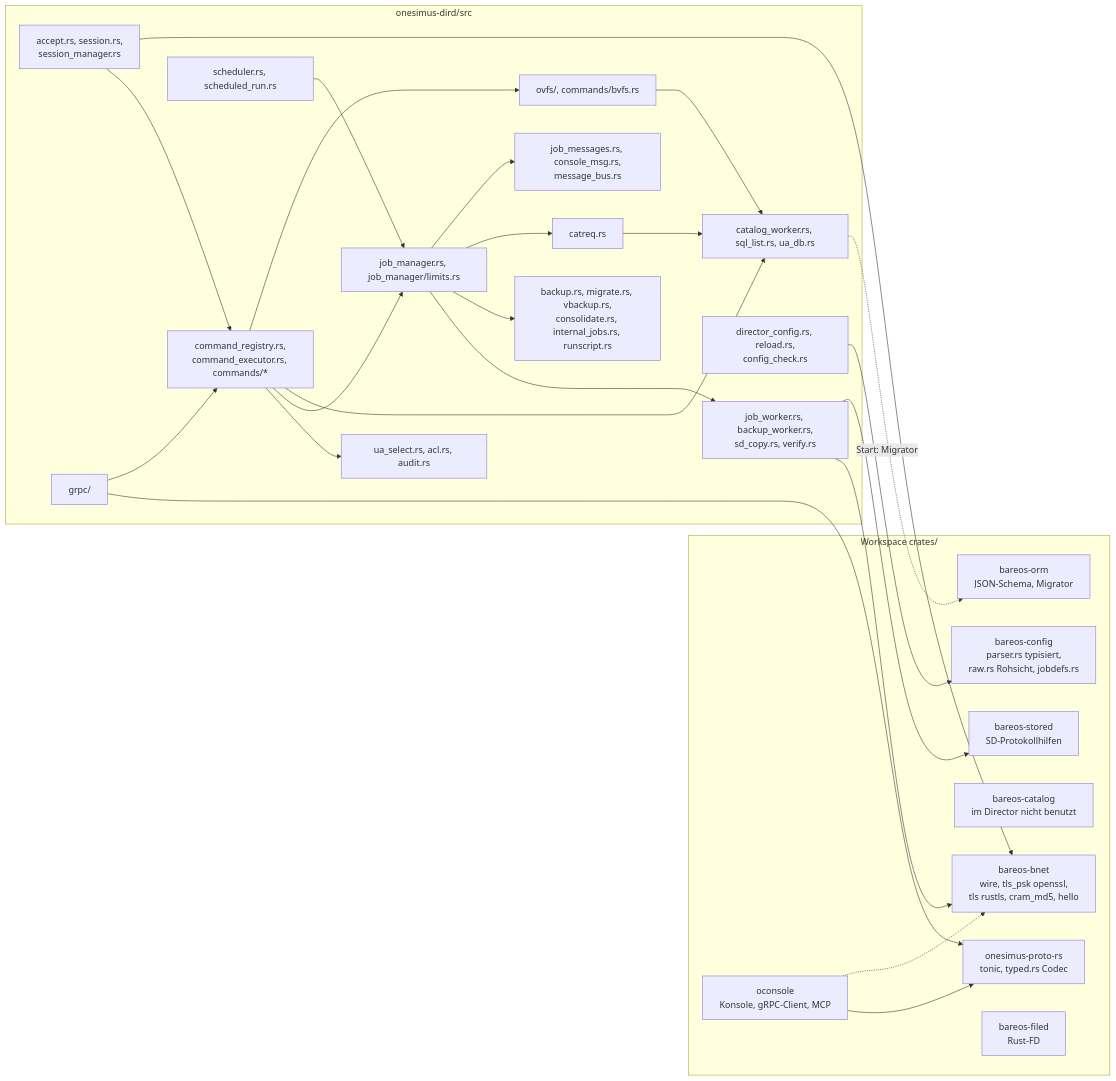
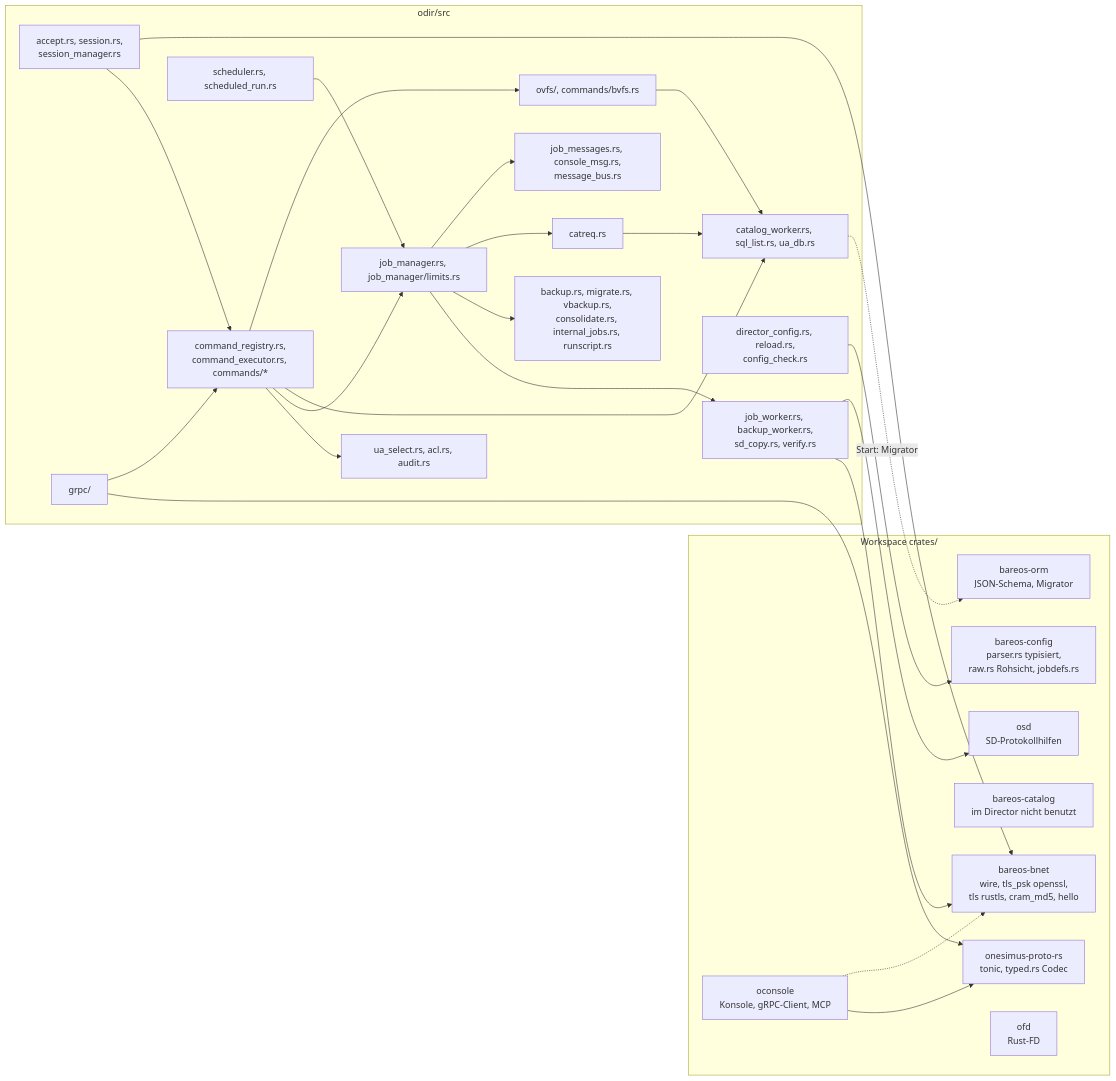
The fourth of 15 diagrams in docs/wiki/architektur-vergleich.md (Beerlesklopfer/onesimus-director), drawn with Mermaid before and after one commit. The commit also changed other lines of this file and 100 other files, not shown here.

Commit message:
docs: names odir/osd/ofd, regenerated command reference, gRPC without a directive

````diff
--- a/docs/wiki/architektur-vergleich.md
+++ b/docs/wiki/architektur-vergleich.md
@@ -219,45 +219,45 @@
 ```mermaid
 flowchart LR
     subgraph crates["Workspace crates/"]
         BNET["bareos-bnet<br/>wire, tls_psk openssl,<br/>tls rustls, cram_md5, hello"]
         CFG["bareos-config<br/>parser.rs typisiert,<br/>raw.rs Rohsicht, jobdefs.rs"]
         ORM["bareos-orm<br/>JSON-Schema, Migrator"]
         CATC["bareos-catalog<br/>im Director nicht benutzt"]
         PROTO["onesimus-proto-rs<br/>tonic, typed.rs Codec"]
-        STO["bareos-stored<br/>SD-Protokollhilfen"]
+        STO["osd<br/>SD-Protokollhilfen"]
         OCON["oconsole<br/>Konsole, gRPC-Client, MCP"]
-        FILED["bareos-filed<br/>Rust-FD"]
+        FILED["ofd<br/>Rust-FD"]
     end
-    subgraph dird["onesimus-dird/src"]
+    subgraph dird["odir/src"]
         ACC["accept.rs, session.rs,<br/>session_manager.rs"]
         REG["command_registry.rs,<br/>command_executor.rs, commands/*"]
         UAS["ua_select.rs, acl.rs, audit.rs"]
         JMG["job_manager.rs, job_manager/limits.rs"]
         JW["job_worker.rs, backup_worker.rs,<br/>sd_copy.rs, verify.rs"]
         JD["backup.rs, migrate.rs, vbackup.rs,<br/>consolidate.rs, internal_jobs.rs, runscript.rs"]
         CR["catreq.rs"]
         CWK["catalog_worker.rs, sql_list.rs, ua_db.rs"]
         OV["ovfs/, commands/bvfs.rs"]
         MSGS["job_messages.rs, console_msg.rs,<br/>message_bus.rs"]
         SCH["scheduler.rs, scheduled_run.rs"]
         GR["grpc/"]
         DC["director_config.rs, reload.rs,<br/>config_check.rs"]
     end
     ACC --> REG --> UAS
     REG --> JMG --> JW
     JMG --> JD
     JMG --> CR --> CWK
     REG --> CWK
     REG --> OV --> CWK
     JW --> BNET
     ACC --> BNET
     JW --> STO
     DC --> CFG
     GR --> PROTO
     GR --> REG
     OCON --> PROTO
     OCON -.-> BNET
     SCH --> JMG
     JMG --> MSGS
     CWK -. "Start: Migrator" .-> ORM
 ```
````
